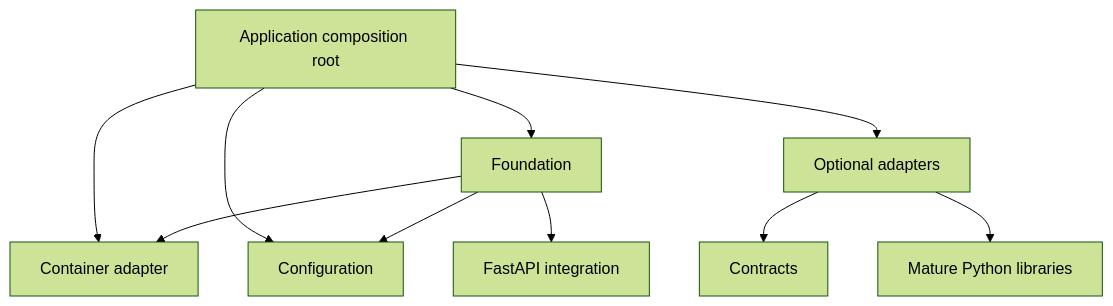
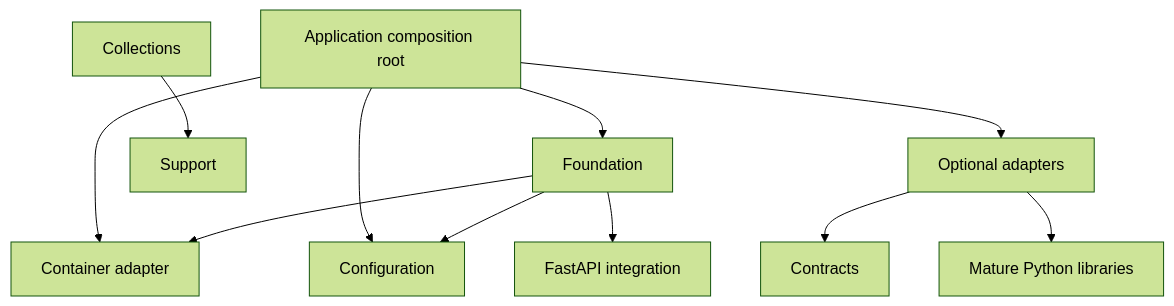
Before and after one commit to cyber-cosmos/titanspan: the first of 2 diagrams in ARCHITECTURE.md, drawn with Mermaid (forest theme). The commit also changed other lines of this file and 25 other files, not shown here.

````diff
--- a/ARCHITECTURE.md
+++ b/ARCHITECTURE.md
@@ -108,21 +108,24 @@
 ```mermaid
 flowchart TD
     App[Application composition root]
     Foundation[Foundation]
     Container[Container adapter]
     Config[Configuration]
+    Collections[Collections]
+    Support[Support]
     Contracts[Contracts]
     Web[FastAPI integration]
     Optional[Optional adapters]
     Libraries[Mature Python libraries]
 
     App --> Foundation
     App --> Container
     App --> Config
     Foundation --> Container
     Foundation --> Config
     Foundation --> Web
+    Collections --> Support
     Optional --> Contracts
     Optional --> Libraries
     App --> Optional
 ```
````
